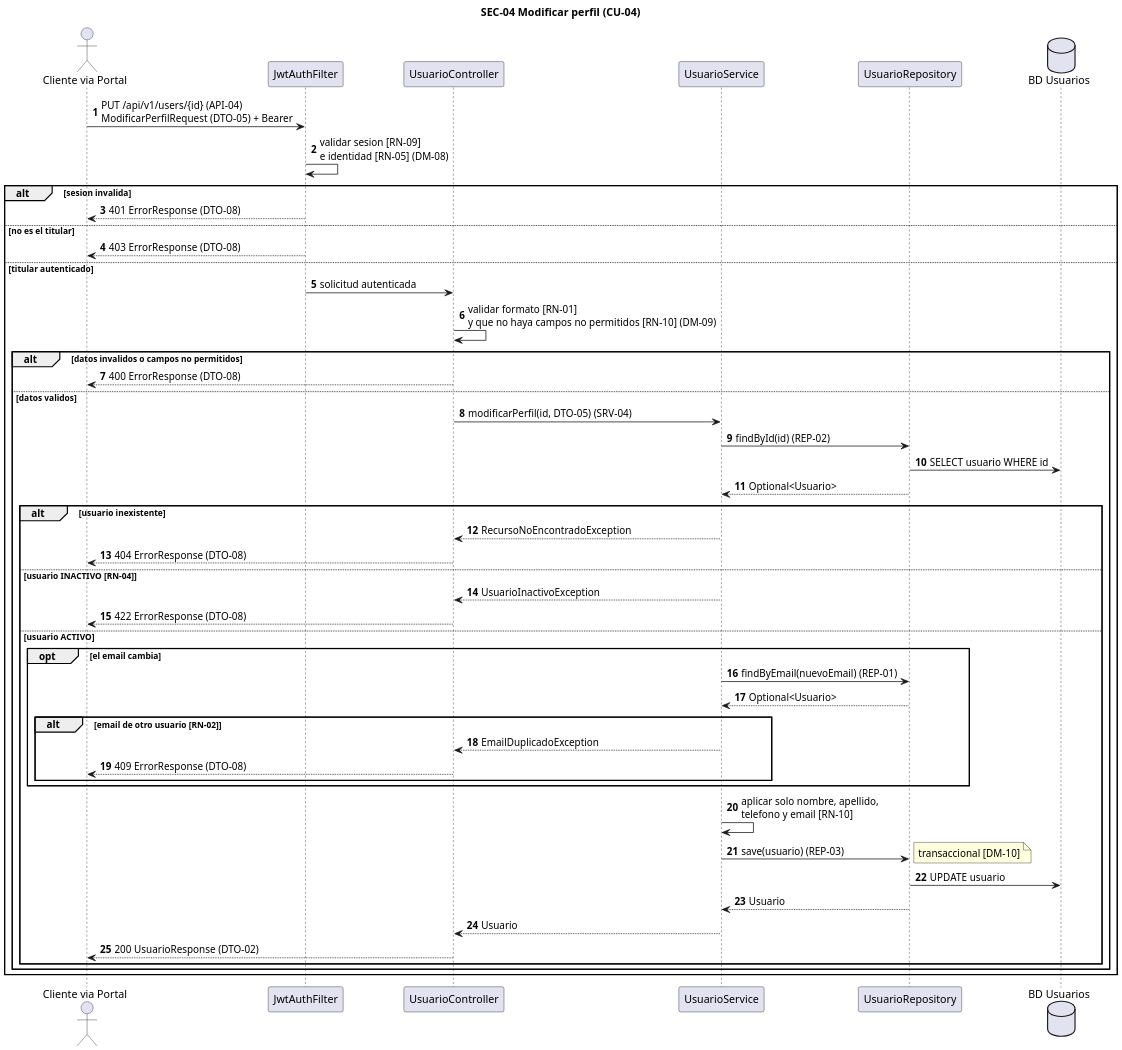
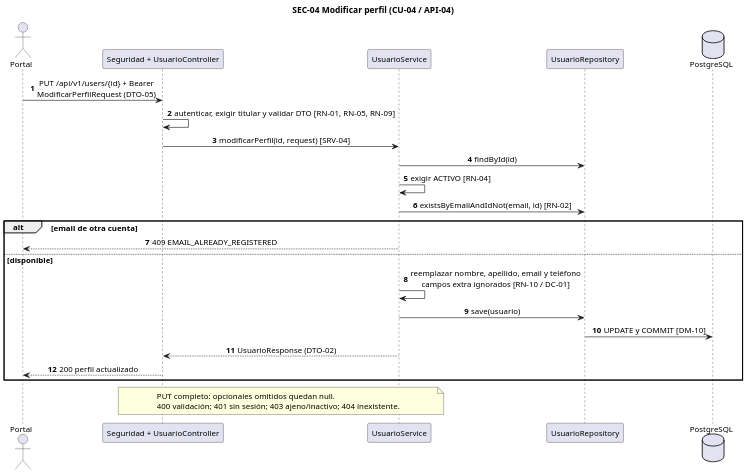
Before and after one commit to CarlaGorgal2002/deliverygo-usuarios-auth: the diagram in doc/Diagramas/SEC-04.puml, drawn with PlantUML. The commit also changed 50 other files, not shown here.

Commit message:
docs: completar entrega con Postman, diagramas e integraciones verificadas

```diff
--- a/doc/Diagramas/SEC-04.puml
+++ b/doc/Diagramas/SEC-04.puml
@@ -1,52 +1,30 @@
 @startuml SEC-04
-skinparam dpi 170
-title SEC-04 Modificar perfil (CU-04)
+skinparam dpi 135
+skinparam shadowing false
+skinparam defaultFontName Arial
+skinparam defaultFontSize 13
+skinparam sequenceMessageAlign center
+title SEC-04 Modificar perfil (CU-04 / API-04)
 autonumber
-actor "Cliente via Portal" as Cliente
-participant "JwtAuthFilter" as Sec
-participant "UsuarioController" as Ctrl
-participant "UsuarioService" as Srv
-participant "UsuarioRepository" as RepU
-database "BD Usuarios" as BD
-Cliente -> Sec : PUT /api/v1/users/{id} (API-04)\nModificarPerfilRequest (DTO-05) + Bearer
-Sec -> Sec : validar sesion [RN-09]\ne identidad [RN-05] (DM-08)
-alt sesion invalida
-  Sec --> Cliente : 401 ErrorResponse (DTO-08)
-else no es el titular
-  Sec --> Cliente : 403 ErrorResponse (DTO-08)
-else titular autenticado
-  Sec -> Ctrl : solicitud autenticada
-  Ctrl -> Ctrl : validar formato [RN-01]\ny que no haya campos no permitidos [RN-10] (DM-09)
-  alt datos invalidos o campos no permitidos
-    Ctrl --> Cliente : 400 ErrorResponse (DTO-08)
-  else datos validos
-    Ctrl -> Srv : modificarPerfil(id, DTO-05) (SRV-04)
-    Srv -> RepU : findById(id) (REP-02)
-    RepU -> BD : SELECT usuario WHERE id
-    RepU --> Srv : Optional<Usuario>
-    alt usuario inexistente
-      Srv --> Ctrl : RecursoNoEncontradoException
-      Ctrl --> Cliente : 404 ErrorResponse (DTO-08)
-    else usuario INACTIVO [RN-04]
-      Srv --> Ctrl : UsuarioInactivoException
-      Ctrl --> Cliente : 422 ErrorResponse (DTO-08)
-    else usuario ACTIVO
-      opt el email cambia
-        Srv -> RepU : findByEmail(nuevoEmail) (REP-01)
-        RepU --> Srv : Optional<Usuario>
-        alt email de otro usuario [RN-02]
-          Srv --> Ctrl : EmailDuplicadoException
-          Ctrl --> Cliente : 409 ErrorResponse (DTO-08)
-        end
-      end
-      Srv -> Srv : aplicar solo nombre, apellido,\ntelefono y email [RN-10]
-      Srv -> RepU : save(usuario) (REP-03)
-      note right : transaccional [DM-10]
-      RepU -> BD : UPDATE usuario
-      RepU --> Srv : Usuario
-      Srv --> Ctrl : Usuario
-      Ctrl --> Cliente : 200 UsuarioResponse (DTO-02)
-    end
-  end
+actor Portal
+participant "Seguridad + UsuarioController" as C
+participant UsuarioService as S
+participant UsuarioRepository as R
+database PostgreSQL as DB
+Portal -> C : PUT /api/v1/users/{id} + Bearer\nModificarPerfilRequest (DTO-05)
+C -> C : autenticar, exigir titular y validar DTO [RN-01, RN-05, RN-09]
+C -> S : modificarPerfil(id, request) [SRV-04]
+S -> R : findById(id)
+S -> S : exigir ACTIVO [RN-04]
+S -> R : existsByEmailAndIdNot(email, id) [RN-02]
+alt email de otra cuenta
+ S --> Portal : 409 EMAIL_ALREADY_REGISTERED
+else disponible
+ S -> S : reemplazar nombre, apellido, email y teléfono\ncampos extra ignorados [RN-10 / DC-01]
+ S -> R : save(usuario)
+ R -> DB : UPDATE y COMMIT [DM-10]
+ S --> C : UsuarioResponse (DTO-02)
+ C --> Portal : 200 perfil actualizado
 end
+note over C,S : PUT completo: opcionales omitidos quedan null.\n400 validación; 401 sin sesión; 403 ajeno/inactivo; 404 inexistente.
 @enduml
```
